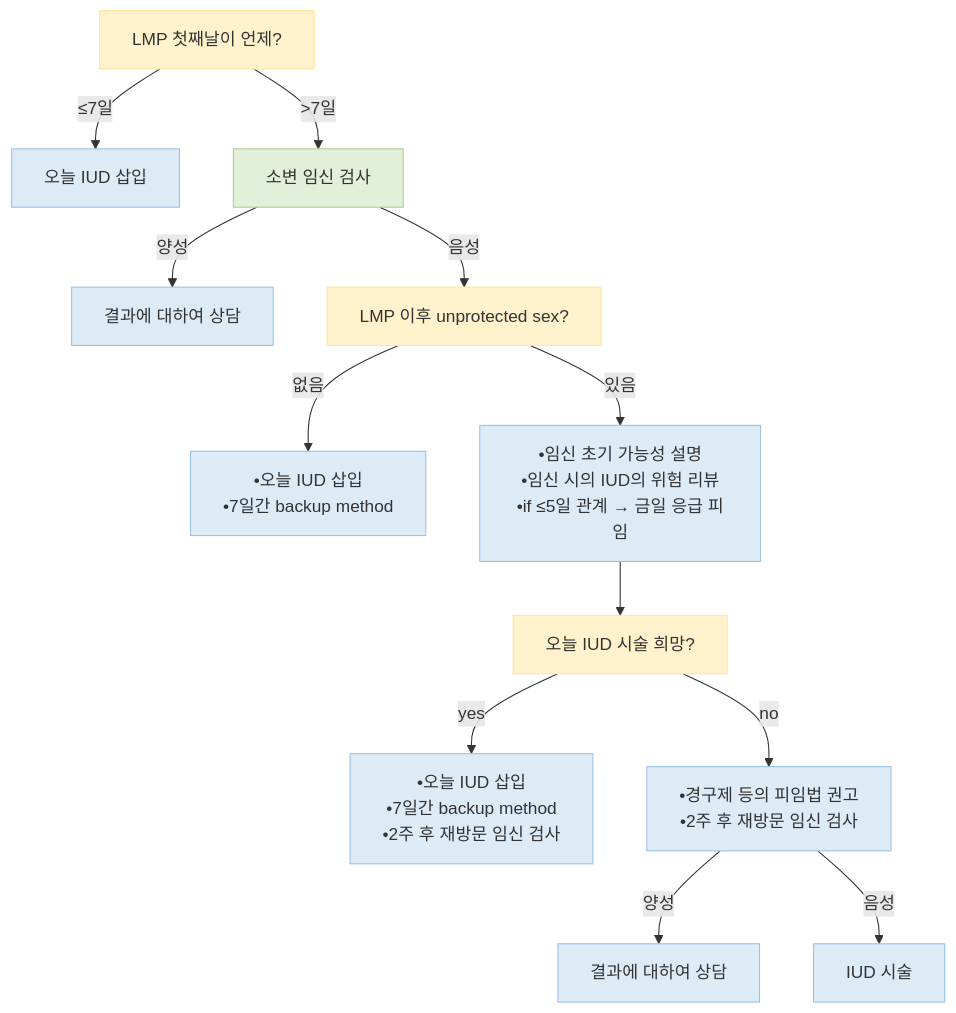
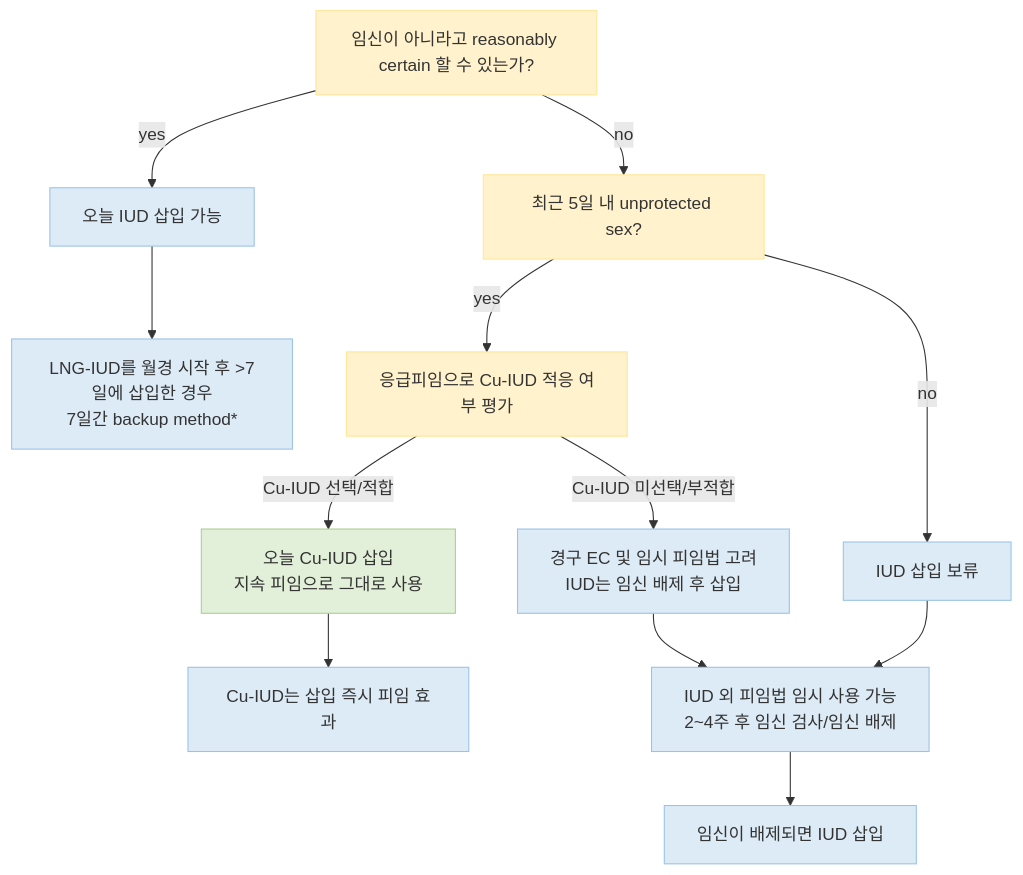
Before and after one commit to familyoh77/familyoh77: the second of 2 diagrams in 227_/131_-contraception.md, drawn with Mermaid. The commit also changed other lines of this file, not shown here.

````diff
--- a/227_/131_-contraception.md
+++ b/227_/131_-contraception.md
@@ -193,30 +216,28 @@
 ```mermaid
 flowchart TD
-    A["LMP 첫째날이 언제?"]
+    A["임신이 아니라고 reasonably certain 할 수 있는가?"]
 
-    A -- "≤7일" --> B1["오늘 IUD 삽입"]
-    A -- ">7일" --> B2["소변 임신 검사"]
+    A -- "yes" --> B["오늘 IUD 삽입 가능"]
+    A -- "no" --> C["최근 5일 내 unprotected sex?"]
 
-    B2 -- "양성" --> C1["결과에 대하여 상담"]
-    B2 -- "음성" --> C2["LMP 이후 unprotected sex?"]
+    C -- "yes" --> D["응급피임으로 Cu-IUD 적응 여부 평가"]
+    C -- "no" --> E["IUD 삽입 보류"]
 
-    C2 -- "없음" --> D1["•오늘 IUD 삽입<br>•7일간 backup method"]
-    C2 -- "있음" --> D2["•임신 초기 가능성 설명<br>•임신 시의 IUD의 위험 리뷰<br>•if ≤5일 관계 → 금일 응급 피임"]
+    D -- "Cu-IUD 선택/적합" --> F["오늘 Cu-IUD 삽입<br>지속 피임으로 그대로 사용"]
+    D -- "Cu-IUD 미선택/부적합" --> G["경구 EC 및 임시 피임법 고려<br>IUD는 임신 배제 후 삽입"]
 
-    D2 --> E["오늘 IUD 시술 희망?"]
+    E --> H["IUD 외 피임법 임시 사용 가능<br>2~4주 후 임신 검사/임신 배제"]
+    G --> H
+    H --> I["임신이 배제되면 IUD 삽입"]
 
-    E -- "yes" --> F1["•오늘 IUD 삽입<br>•7일간 backup method<br>•2주 후 재방문 임신 검사"]
-    E -- "no" --> F2["•경구제 등의 피임법 권고<br>•2주 후 재방문 임신 검사"]
+    B --> J["LNG-IUD를 월경 시작 후 >7일에 삽입한 경우<br>7일간 backup method*"]
+    F --> K["Cu-IUD는 삽입 즉시 피임 효과"]
 
-    F2 -- "양성" --> G1["결과에 대하여 상담"]
-    F2 -- "음성" --> G2["IUD 시술"]
-
-    %% 색상 및 스타일 지정
     classDef yellow fill:#FFF2CC,stroke:#FFE699,color:#333
     classDef green fill:#E2F0D9,stroke:#A9D08E,color:#333
     classDef blue fill:#DDEBF7,stroke:#9BC2E6,color:#333
 
-    class A,C2,E yellow
-    class B2 green
-    class B1,C1,D1,D2,F1,F2,G1,G2 blue
+    class A,C,D yellow
+    class F green
+    class B,E,G,H,I,J,K blue
 ```
````
